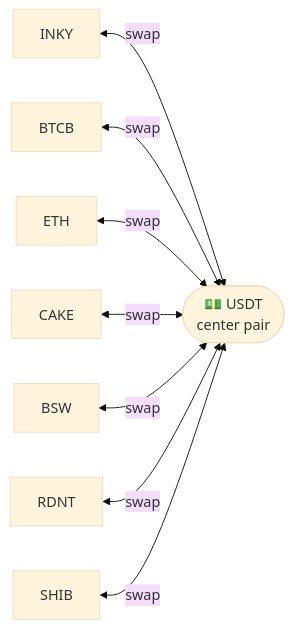
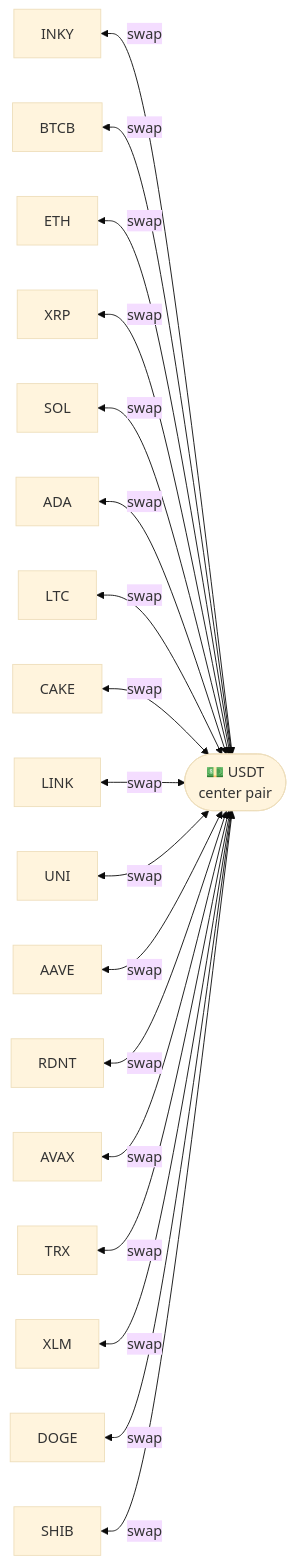
The first of 2 diagrams in features/swap.mdx (patrick-rayner/documentationai-Docs), drawn with Mermaid (base theme) before and after one commit. The commit also changed other lines of this file and 6 other files, not shown here.

````diff
--- a/features/swap.mdx
+++ b/features/swap.mdx
@@ -44,10 +44,20 @@
 ```mermaid
 graph LR
     INKY["INKY"] <-->|"swap"| USDT(["💵 USDT\ncenter pair"])
     BTCB["BTCB"] <-->|"swap"| USDT
     ETH["ETH"] <-->|"swap"| USDT
+    XRP["XRP"] <-->|"swap"| USDT
+    SOL["SOL"] <-->|"swap"| USDT
+    ADA["ADA"] <-->|"swap"| USDT
+    LTC["LTC"] <-->|"swap"| USDT
     CAKE["CAKE"] <-->|"swap"| USDT
-    BSW["BSW"] <-->|"swap"| USDT
+    LINK["LINK"] <-->|"swap"| USDT
+    UNI["UNI"] <-->|"swap"| USDT
+    AAVE["AAVE"] <-->|"swap"| USDT
     RDNT["RDNT"] <-->|"swap"| USDT
+    AVAX["AVAX"] <-->|"swap"| USDT
+    TRX["TRX"] <-->|"swap"| USDT
+    XLM["XLM"] <-->|"swap"| USDT
+    DOGE["DOGE"] <-->|"swap"| USDT
     SHIB["SHIB"] <-->|"swap"| USDT
 ```
````
